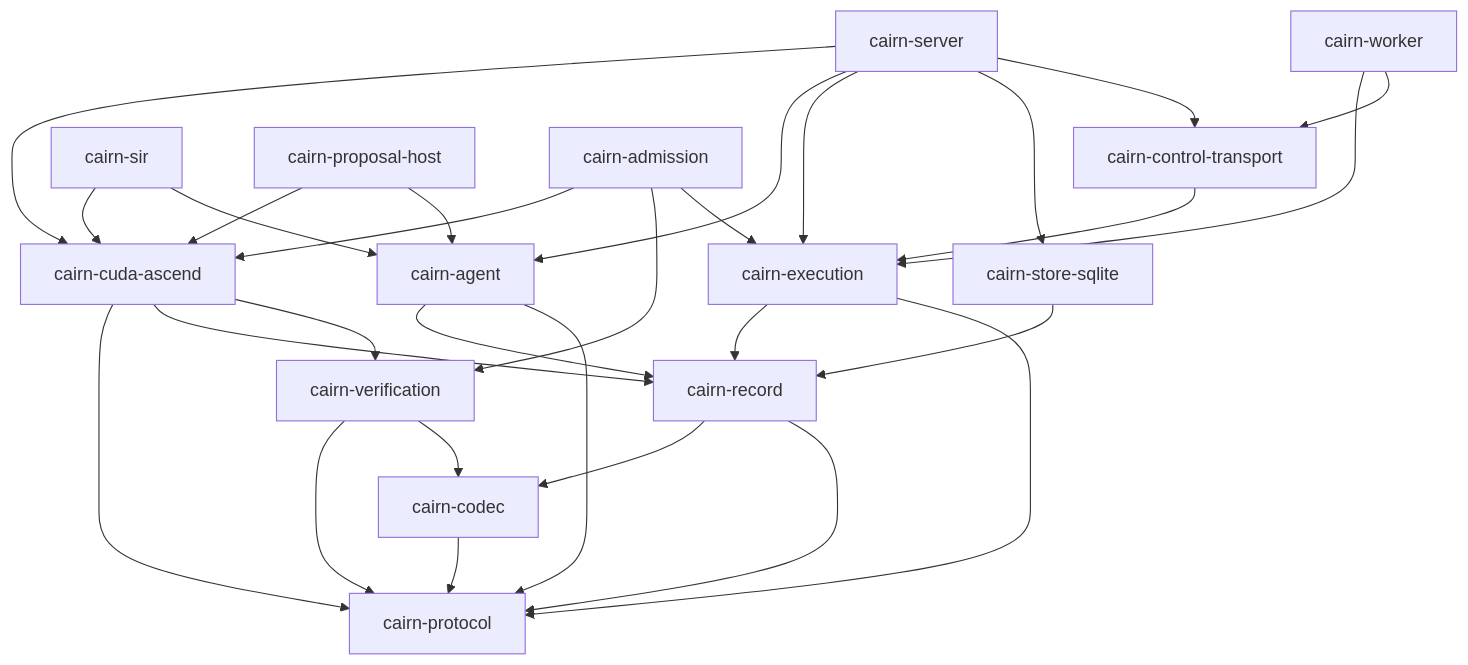
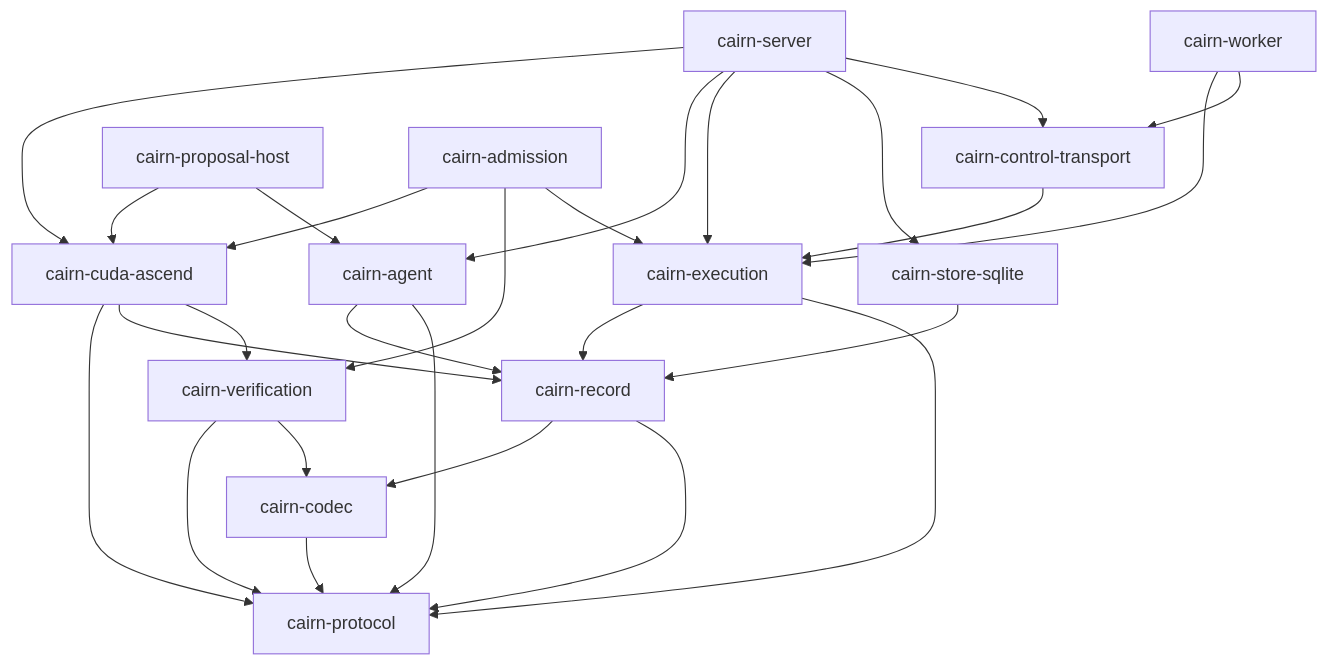
The diagram in docs/design/CODE_ORGANIZATION.md (ascendresearch/cairn), drawn with Mermaid before and after one commit. The commit also changed other lines of this file and 18 other files, not shown here.

Commit message:
docs: freeze agent-loop workflow architecture

````diff
--- a/docs/design/CODE_ORGANIZATION.md
+++ b/docs/design/CODE_ORGANIZATION.md
@@ -410,46 +403,43 @@
 ```mermaid
 flowchart TD
     protocol["cairn-protocol"]
     codec["cairn-codec"]
     record["cairn-record"]
     agent["cairn-agent"]
     execution["cairn-execution"]
     verification["cairn-verification"]
     product["cairn-cuda-ascend"]
     sqlite["cairn-store-sqlite"]
     transport["cairn-control-transport"]
     server["cairn-server"]
-    sir["cairn-sir"]
     proposal["cairn-proposal-host"]
     admission["cairn-admission"]
     worker["cairn-worker"]
 
     codec --> protocol
     record --> codec
     record --> protocol
     agent --> record
     agent --> protocol
     execution --> record
     execution --> protocol
     verification --> protocol
     verification --> codec
     product --> protocol
     product --> record
     product --> verification
     sqlite --> record
     transport --> execution
     server --> product
     server --> agent
     server --> execution
     server --> sqlite
     server --> transport
-    sir --> product
-    sir --> agent
     proposal --> product
     proposal --> agent
     admission --> product
     admission --> verification
     admission --> execution
     worker --> execution
     worker --> transport
 ```
````
